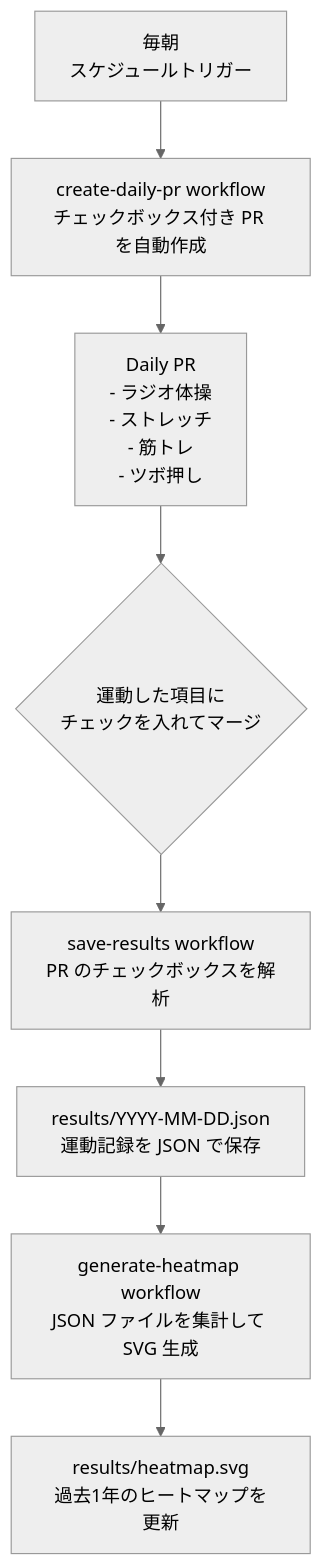
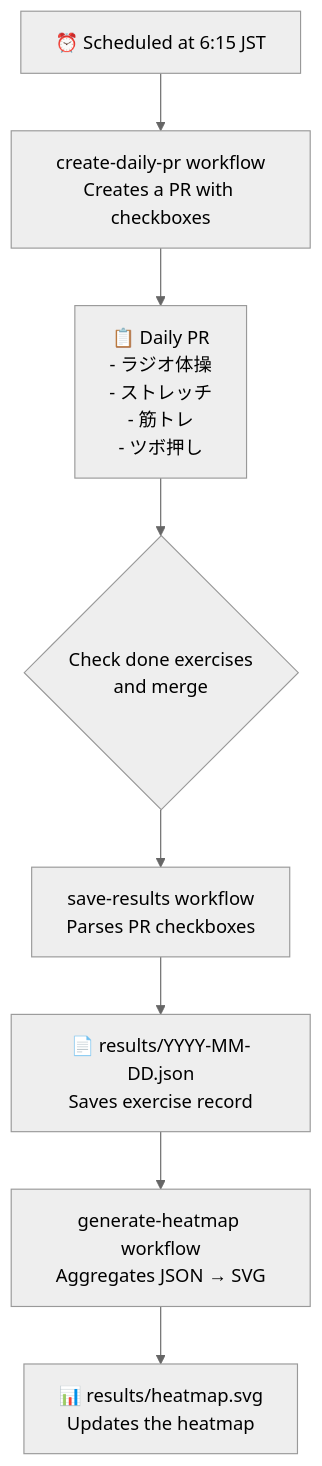
One commit to kotaoue/FitnessStreak changed the diagram in README.md. Above: the diagram before and after it, drawn with Mermaid (neutral theme). The commit also changed other lines of this file, not shown here.

Commit message:
docs: fix mermaid line breaks and switch README back to English

````diff
--- a/README.md
+++ b/README.md
@@ -9,10 +7,10 @@
 ```mermaid
 flowchart TD
-    A[毎朝 \n スケジュールトリガー] --> B[create-daily-pr workflow\nチェックボックス付き PR を自動作成]
-    B --> C[Daily PR\n- ラジオ体操\n- ストレッチ\n- 筋トレ\n- ツボ押し]
-    C --> D{運動した項目に\nチェックを入れてマージ}
-    D --> E[save-results workflow\nPR のチェックボックスを解析]
-    E --> F[results/YYYY-MM-DD.json\n運動記録を JSON で保存]
-    F --> G[generate-heatmap workflow\nJSON ファイルを集計して SVG 生成]
-    G --> H[results/heatmap.svg\n過去1年のヒートマップを更新]
+    A["⏰ Scheduled at 6:15 JST"] --> B["create-daily-pr workflow<br/>Creates a PR with checkboxes"]
+    B --> C["📋 Daily PR<br/>- ラジオ体操<br/>- ストレッチ<br/>- 筋トレ<br/>- ツボ押し"]
+    C --> D{"Check done exercises<br/>and merge"}
+    D --> E["save-results workflow<br/>Parses PR checkboxes"]
+    E --> F["📄 results/YYYY-MM-DD.json<br/>Saves exercise record"]
+    F --> G["generate-heatmap workflow<br/>Aggregates JSON → SVG"]
+    G --> H["📊 results/heatmap.svg<br/>Updates the heatmap"]
 ```
````
